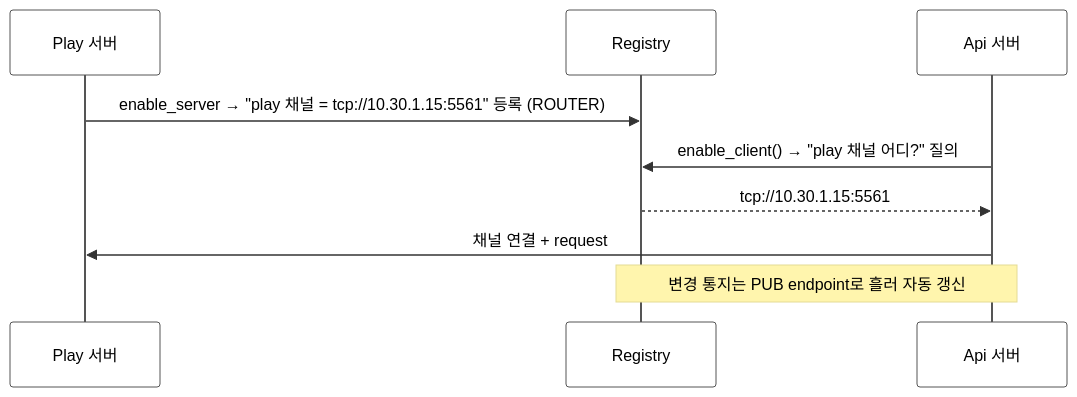
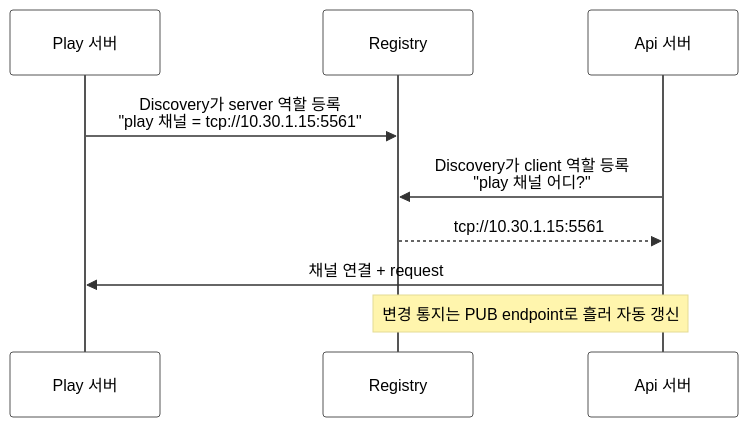
One commit to kairos-code-dev/zlink changed the second of 2 diagrams in framework/languages/cpp/doc/guide/11-registry.ko.md. Above: the diagram before and after it, drawn with Mermaid. The commit also changed other lines of this file and 32 other files, not shown here.

````diff
--- a/framework/languages/cpp/doc/guide/11-registry.ko.md
+++ b/framework/languages/cpp/doc/guide/11-registry.ko.md
@@ -33,13 +33,13 @@
 ```mermaid
 %%{init: {'theme': 'base', 'themeVariables': {'signalTextColor': '#000000', 'actorTextColor': '#000000', 'noteTextColor': '#000000', 'actorBkg': '#ffffff', 'actorBorder': '#555555', 'activationBorderColor': '#555555'}}}%%
 sequenceDiagram
     participant P as Play 서버
     participant R as Registry
     participant A as Api 서버
 
-    P->>R: enable_server → "play 채널 = tcp://10.30.1.15:5561" 등록 (ROUTER)
-    A->>R: enable_client() → "play 채널 어디?" 질의
+    P->>R: Discovery가 server 역할 등록<br/>"play 채널 = tcp://10.30.1.15:5561"
+    A->>R: Discovery가 client 역할 등록<br/>"play 채널 어디?"
     R-->>A: tcp://10.30.1.15:5561
     A->>P: 채널 연결 + request
     Note over R,A: 변경 통지는 PUB endpoint로 흘러 자동 갱신
 ```
````
